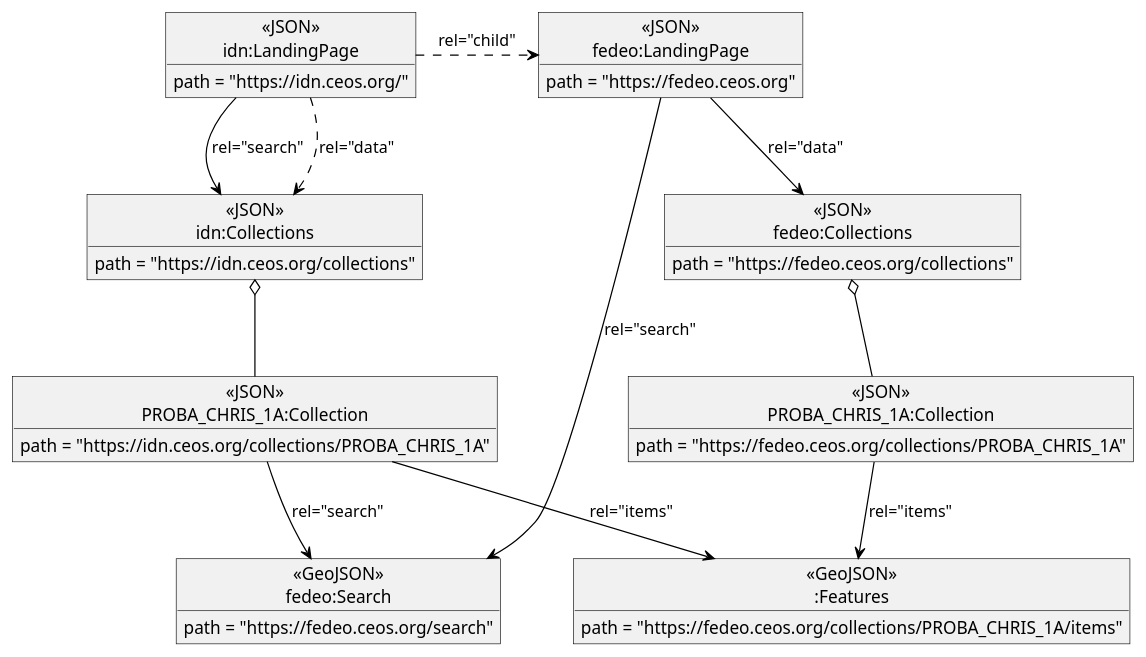
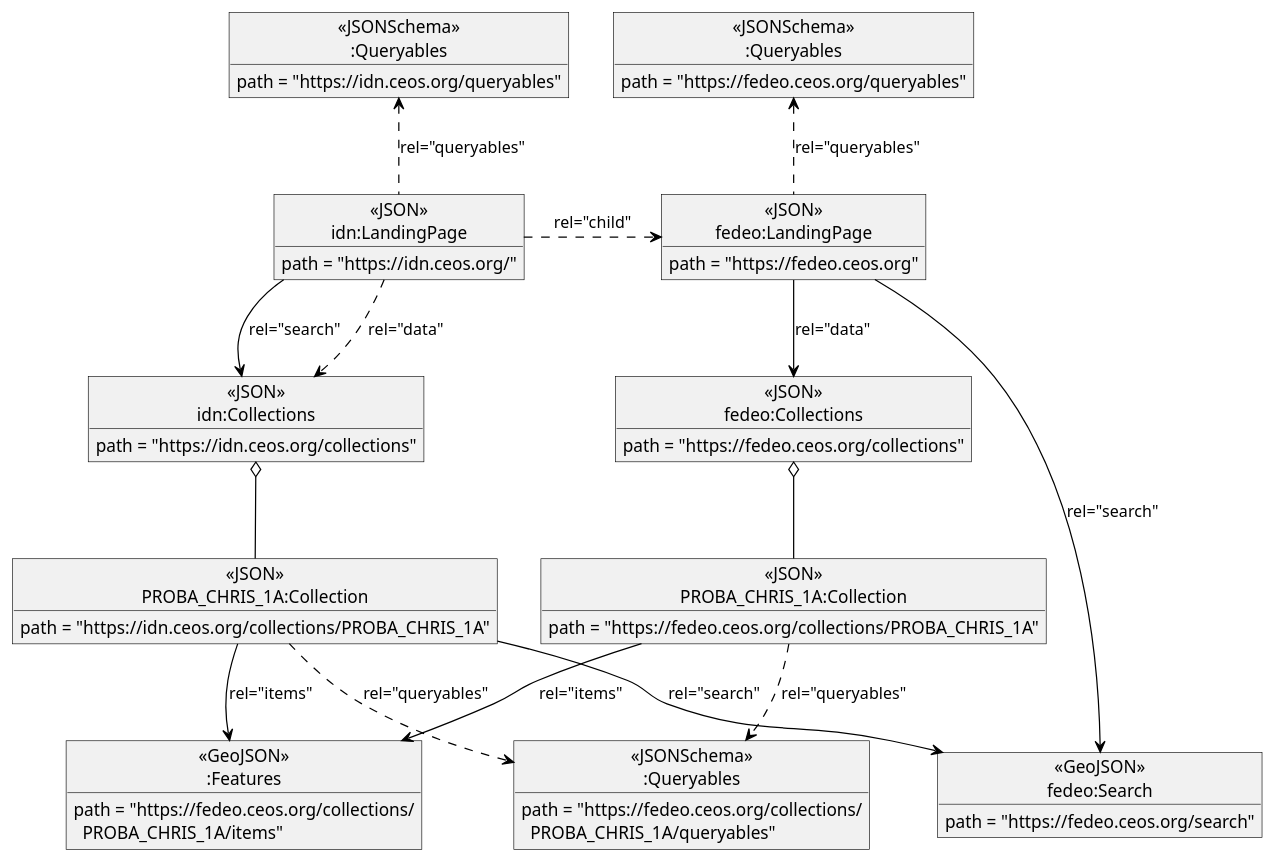
Before and after one commit to littleidiot40/stac-federated-search: the diagram in figures/federation.puml, drawn with PlantUML. The commit also changed 1 other file, not shown here.

```diff
--- a/figures/federation.puml
+++ b/figures/federation.puml
@@ -1,78 +1,97 @@
 @startuml
 
 ' Figure 20
 
 skinparam componentStyle uml2
 skinparam ArrowColor Black
 skinparam ClassBorderColor Black
 skinparam ComponentBorderColor Black
 skinparam ObjectBorderColor Black
 
 hide circle
 ' hide <<Resource>> circle
 show <<GeoJSON>> circle
 
 
 
 
 object "<<JSON>>\nidn:LandingPage" as federating_ldp {
    path = "https://idn.ceos.org/"
 }
 
 
 
 object "<<JSON>>\nidn:Collections" as federating_collections {
    path = "https://idn.ceos.org/collections"
 }
 
 federating_ldp ..> federating_collections : "rel="data""
 
 object "<<JSON>>\nfedeo:LandingPage" as federated_ldp {
    path = "https://fedeo.ceos.org"
 }
 
 object "<<JSON>>\nfedeo:Collections" as federated_collections {
   path = "https://fedeo.ceos.org/collections"
 }
 
 object "<<GeoJSON>>\nfedeo:Search" as federated_search {
    path = "https://fedeo.ceos.org/search"
 }
 
 federated_ldp --> federated_collections : "rel="data""
 federated_ldp --> federated_search : "rel="search""
 
 federating_ldp --> federating_collections : "rel="search""
 
 federating_ldp .right.> federated_ldp : "rel="child""
 
 
 object "<<JSON>>\nPROBA_CHRIS_1A:Collection" as PROBA_CHRIS_1A {
       path = "https://fedeo.ceos.org/collections/PROBA_CHRIS_1A"
 }
 
 object "<<JSON>>\nPROBA_CHRIS_1A:Collection" as PROBA_CHRIS_1A_federating {
       path = "https://idn.ceos.org/collections/PROBA_CHRIS_1A"
 }
 
 
 object "<<GeoJSON>>\n:Features" as federated_items {
-  path = "https://fedeo.ceos.org/collections/PROBA_CHRIS_1A/items"
+  path = "https://fedeo.ceos.org/collections/\n  PROBA_CHRIS_1A/items"
 }
+
+object "<<JSONSchema>>\n:Queryables" as queryables {
+  path = "https://fedeo.ceos.org/collections/\n  PROBA_CHRIS_1A/queryables"
+}
+
+object "<<JSONSchema>>\n:Queryables" as federated_queryables {
+  path = "https://fedeo.ceos.org/queryables"
+}
+
+object "<<JSONSchema>>\n:Queryables" as federating_queryables {
+  path = "https://idn.ceos.org/queryables"
+}
+
+federating_ldp .up.> federating_queryables : "rel="queryables""
+federated_ldp .up.> federated_queryables : "rel="queryables""
 
 federated_collections o-down- PROBA_CHRIS_1A
 
 federating_collections o-down- PROBA_CHRIS_1A_federating
 
 
 PROBA_CHRIS_1A --> federated_items : "rel="items""
+
+PROBA_CHRIS_1A ..> queryables : "rel="queryables""
+
+PROBA_CHRIS_1A_federating ..> queryables : "rel="queryables""
 
 PROBA_CHRIS_1A_federating --> federated_items : "rel="items""
 
 PROBA_CHRIS_1A_federating --> federated_search : "rel="search""
 
 
 
 
 
 @enduml
```
